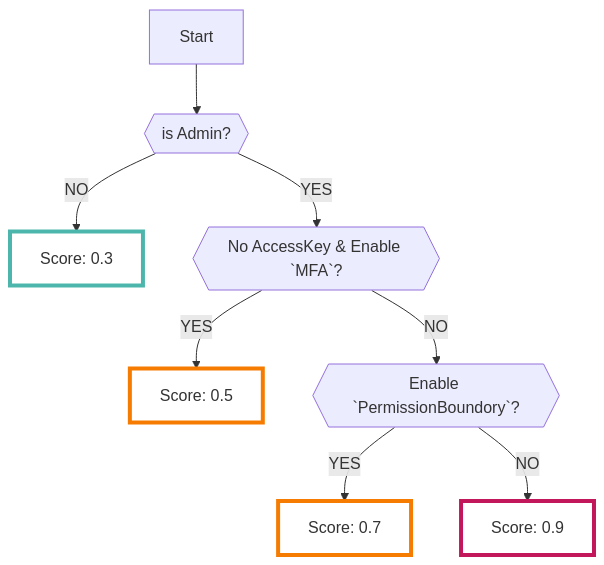
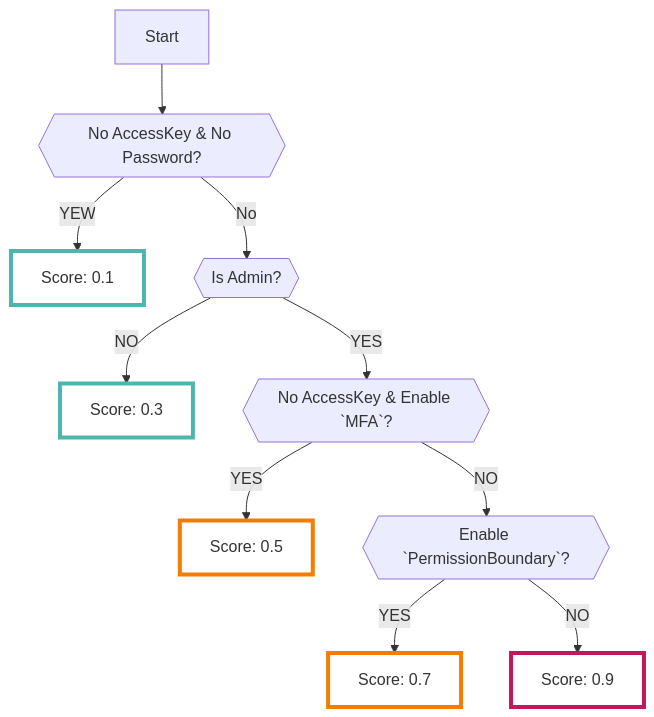
Before and after one commit to ca-risken/doc: the first of 2 diagrams in docs/aws/adminchecker.md, drawn with Mermaid. The commit also changed 1 other file, not shown here.

Commit message:
fix: admin-checker score

````diff
--- a/docs/aws/adminchecker.md
+++ b/docs/aws/adminchecker.md
@@ -61,13 +61,15 @@
 ```mermaid
 graph TD
-    A[Start] --> B{{is Admin?}};
-    B -->|NO| C[Score: 0.3]:::low;
-    B -->|YES| D{{No AccessKey & Enable `MFA`?}};
-    D -->|YES| E[Score: 0.5]:::mid;
-    D -->|NO| F{{Enable `PermissionBoundory`?}};
-    F -->|YES| G[Score: 0.7]:::mid;
-    F -->|NO| H[Score: 0.9]:::high;
+    A[Start] --> B{{No AccessKey & No Password?}};
+    B -->|YEW| C[Score: 0.1]:::low;
+    B -->|No| D{{Is Admin?}};
+    D -->|NO| E[Score: 0.3]:::low;
+    D -->|YES| F{{No AccessKey & Enable `MFA`?}};
+    F -->|YES| G[Score: 0.5]:::mid;
+    F -->|NO| H{{Enable `PermissionBoundary`?}};
+    H -->|YES| I[Score: 0.7]:::mid;
+    H -->|NO| J[Score: 0.9]:::high;
     classDef high fill:#FFFFFF,stroke:#C2185B,stroke-width:4px;
     classDef mid fill:#FFFFFF,stroke:#F57C00,stroke-width:4px;
     classDef low fill:#FFFFFF,stroke:#4DB6AC,stroke-width:4px;
 ```
````
